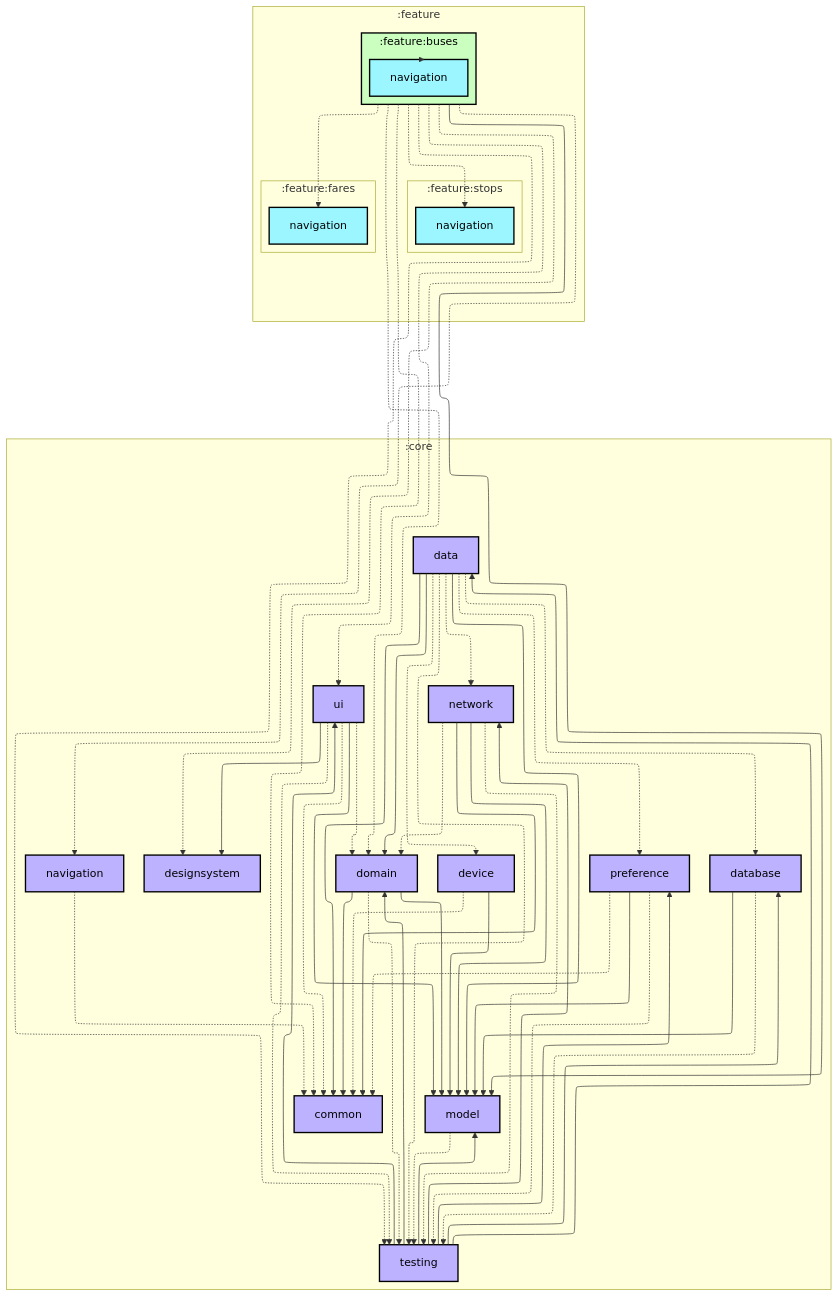
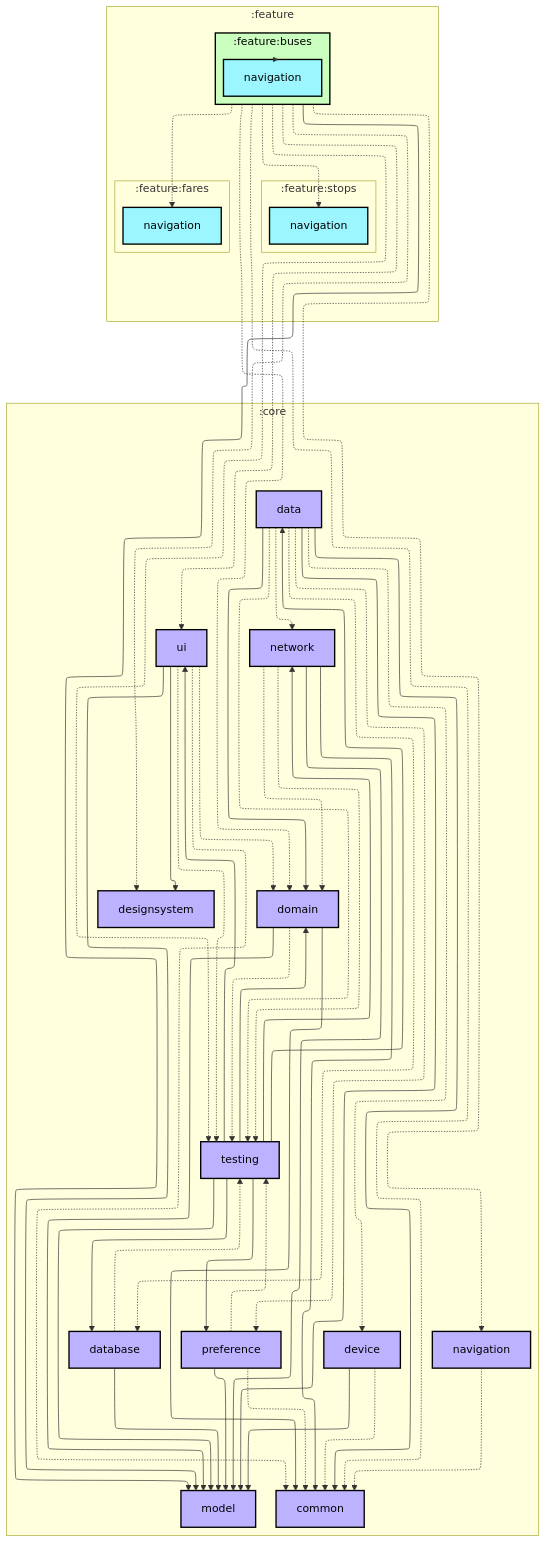
One commit to Adrc95/logrono-bus changed the first of 2 diagrams in feature/buses/README.md. Above: the diagram before and after it, drawn with Mermaid. The commit also changed 19 other files, not shown here.

Commit message:
Docs: regenerate the module dependency graphs

```diff
--- a/feature/buses/README.md
+++ b/feature/buses/README.md
@@ -58,7 +58,6 @@
   :core:domain --> :core:common
   :core:domain --> :core:model
   :core:domain -.-> :core:testing
-  :core:model -.-> :core:testing
   :core:navigation -.-> :core:common
   :core:network --> :core:common
   :core:network -.-> :core:domain
```
